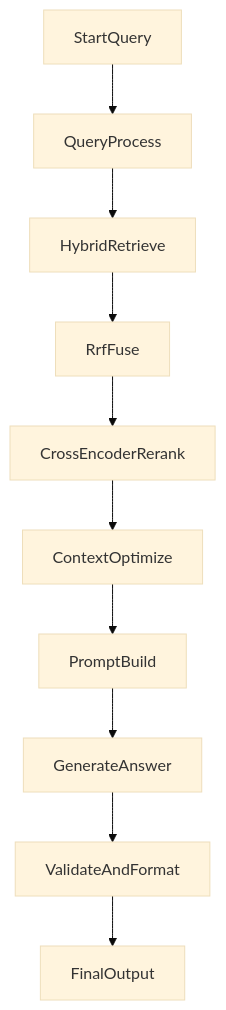
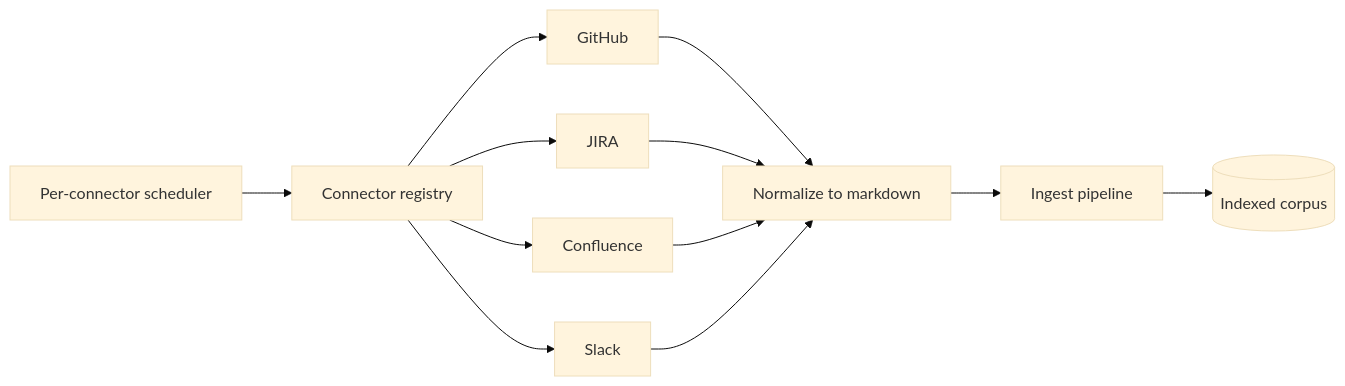
One commit to vampokala/Second-Brain-App changed the second of 2 diagrams in Docs/PROJECT_OVERVIEW.md. Above: the diagram before and after it, drawn with Mermaid (base theme). The commit also changed other lines of this file and 145 other files, not shown here.

````diff
--- a/Docs/PROJECT_OVERVIEW.md
+++ b/Docs/PROJECT_OVERVIEW.md
@@ -102,12 +82,14 @@
 ```mermaid
-flowchart TD
-  startQ[StartQuery] --> parseQ[QueryProcess]
-  parseQ --> hybridQ[HybridRetrieve]
-  hybridQ --> fuseQ[RrfFuse]
-  fuseQ --> rerankQ[CrossEncoderRerank]
-  rerankQ --> optimizeQ[ContextOptimize]
-  optimizeQ --> promptQ[PromptBuild]
-  promptQ --> answerQ[GenerateAnswer]
-  answerQ --> validateQ[ValidateAndFormat]
-  validateQ --> endQ[FinalOutput]
+flowchart LR
+  sched[Per-connector scheduler] --> reg[Connector registry]
+  reg --> gh[GitHub]
+  reg --> jira[JIRA]
+  reg --> conf[Confluence]
+  reg --> slack[Slack]
+  gh --> norm[Normalize to markdown]
+  jira --> norm
+  conf --> norm
+  slack --> norm
+  norm --> ingest[Ingest pipeline]
+  ingest --> corpus[(Indexed corpus)]
 ```
````
